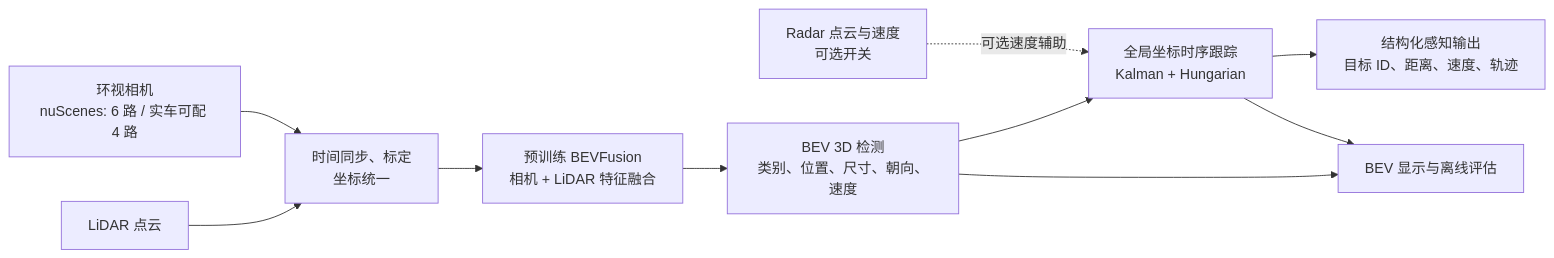
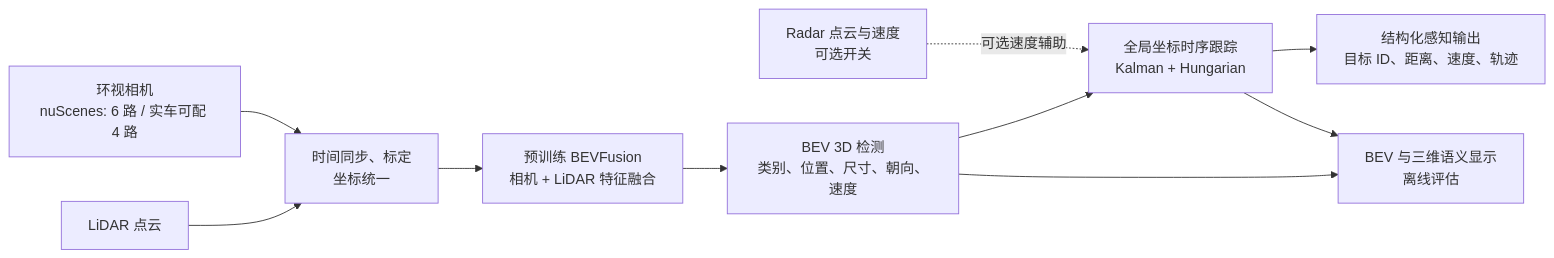
One commit to lengyuely2/multi-camera-lidar-bev-perception changed the diagram in README.md. Above: the diagram before and after it, drawn with Mermaid. The commit also changed other lines of this file and 7 other files, not shown here.

````diff
--- a/README.md
+++ b/README.md
@@ -41,19 +72,19 @@
 ```mermaid
 flowchart LR
     C["环视相机<br/>nuScenes: 6 路 / 实车可配 4 路"]
     L["LiDAR 点云"]
     R["Radar 点云与速度<br/>可选开关"]
     S["时间同步、标定<br/>坐标统一"]
     F["预训练 BEVFusion<br/>相机 + LiDAR 特征融合"]
     D["BEV 3D 检测<br/>类别、位置、尺寸、朝向、速度"]
     T["全局坐标时序跟踪<br/>Kalman + Hungarian"]
     O["结构化感知输出<br/>目标 ID、距离、速度、轨迹"]
-    V["BEV 显示与离线评估"]
+    V["BEV 与三维语义显示<br/>离线评估"]
 
     C --> S
     L --> S
     S --> F --> D --> T --> O
     R -. "可选速度辅助" .-> T
     D --> V
     T --> V
 ```
````
